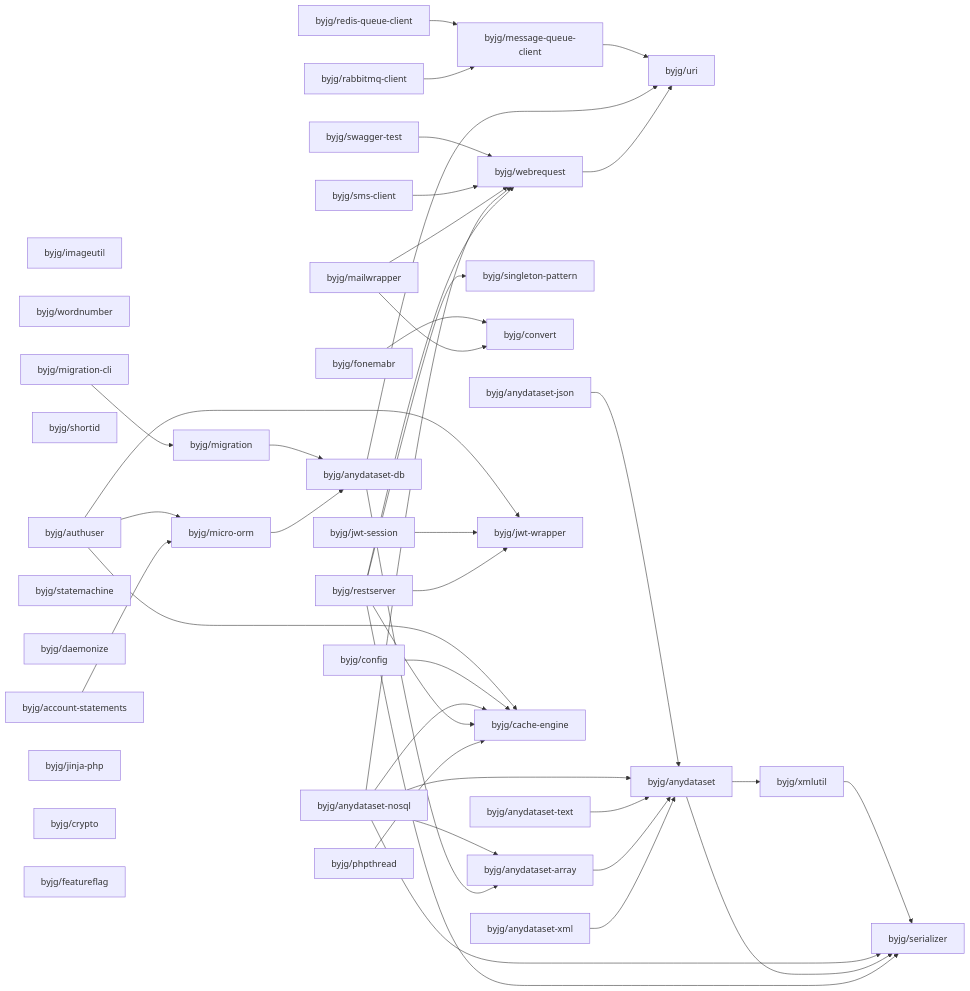
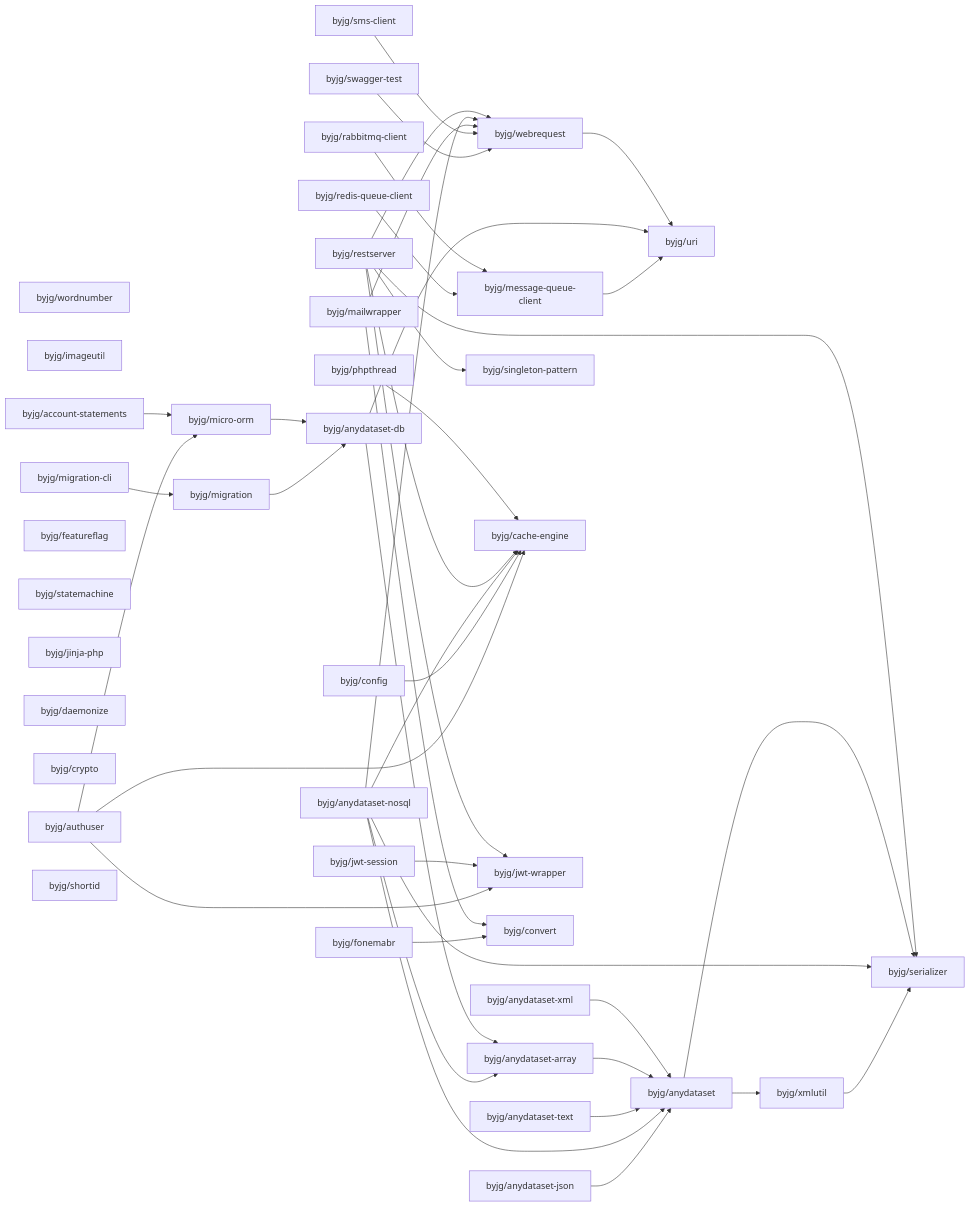
One commit to byjg/byjg.github.io changed the diagram in docs/php/README.md. Above: the diagram before and after it, drawn with Mermaid. The commit also changed other lines of this file, not shown here.

Commit message:
Update documentation 'php' 'php-restserver'

````diff
--- a/docs/php/README.md
+++ b/docs/php/README.md
@@ -3,80 +3,80 @@
 ```mermaid
 graph LR;
+  byjg/wordnumber;
+  byjg/rabbitmq-client;
+  byjg/sms-client;
+  byjg/anydataset-xml;
+  byjg/redis-queue-client;
+  byjg/anydataset-json;
+  byjg/imageutil;
+  byjg/account-statements;
+  byjg/fonemabr;
+  byjg/migration-cli;
+  byjg/anydataset-text;
+  byjg/featureflag;
+  byjg/statemachine;
+  byjg/restserver;
+  byjg/jwt-session;
+  byjg/config;
+  byjg/jinja-php;
+  byjg/daemonize;
+  byjg/phpthread;
+  byjg/anydataset-nosql;
+  byjg/crypto;
+  byjg/authuser;
+  byjg/shortid;
   byjg/mailwrapper;
-  byjg/anydataset-nosql;
-  byjg/anydataset-json;
-  byjg/restserver;
-  byjg/imageutil;
-  byjg/anydataset-xml;
-  byjg/wordnumber;
   byjg/swagger-test;
-  byjg/migration-cli;
-  byjg/rabbitmq-client;
-  byjg/shortid;
-  byjg/authuser;
-  byjg/fonemabr;
-  byjg/statemachine;
-  byjg/sms-client;
-  byjg/daemonize;
-  byjg/config;
-  byjg/account-statements;
-  byjg/jinja-php;
-  byjg/jwt-session;
-  byjg/anydataset-text;
-  byjg/phpthread;
-  byjg/crypto;
-  byjg/redis-queue-client;
-  byjg/featureflag;
+  byjg/message-queue-client;
+  byjg/migration;
   byjg/singleton-pattern;
-  byjg/migration;
+  byjg/micro-orm;
+  byjg/cache-engine;
+  byjg/jwt-wrapper;
   byjg/convert;
   byjg/webrequest;
-  byjg/micro-orm;
-  byjg/jwt-wrapper;
-  byjg/cache-engine;
-  byjg/message-queue-client;
   byjg/anydataset-db;
   byjg/anydataset-array;
   byjg/uri;
   byjg/anydataset;
   byjg/xmlutil;
   byjg/serializer;
   byjg/migration --> byjg/anydataset-db;
   byjg/fonemabr --> byjg/convert;
   byjg/swagger-test --> byjg/webrequest;
   byjg/authuser --> byjg/micro-orm;
   byjg/authuser --> byjg/cache-engine;
   byjg/authuser --> byjg/jwt-wrapper;
   byjg/config --> byjg/cache-engine;
   byjg/message-queue-client --> byjg/uri;
   byjg/sms-client --> byjg/webrequest;
   byjg/xmlutil --> byjg/serializer;
   byjg/anydataset-json --> byjg/anydataset;
   byjg/mailwrapper --> byjg/convert;
   byjg/mailwrapper --> byjg/webrequest;
   byjg/anydataset-nosql --> byjg/anydataset;
   byjg/anydataset-nosql --> byjg/anydataset-array;
   byjg/anydataset-nosql --> byjg/serializer;
   byjg/anydataset-nosql --> byjg/webrequest;
   byjg/anydataset-nosql --> byjg/cache-engine;
   byjg/migration-cli --> byjg/migration;
   byjg/redis-queue-client --> byjg/message-queue-client;
   byjg/jwt-session --> byjg/jwt-wrapper;
   byjg/anydataset --> byjg/serializer;
   byjg/anydataset --> byjg/xmlutil;
   byjg/anydataset-db --> byjg/anydataset-array;
   byjg/anydataset-db --> byjg/uri;
   byjg/anydataset-text --> byjg/anydataset;
   byjg/restserver --> byjg/serializer;
   byjg/restserver --> byjg/singleton-pattern;
   byjg/restserver --> byjg/cache-engine;
   byjg/restserver --> byjg/webrequest;
   byjg/restserver --> byjg/jwt-wrapper;
   byjg/account-statements --> byjg/micro-orm;
   byjg/webrequest --> byjg/uri;
   byjg/micro-orm --> byjg/anydataset-db;
   byjg/anydataset-array --> byjg/anydataset;
   byjg/anydataset-xml --> byjg/anydataset;
   byjg/phpthread --> byjg/cache-engine;
   byjg/rabbitmq-client --> byjg/message-queue-client;
 ```
````
